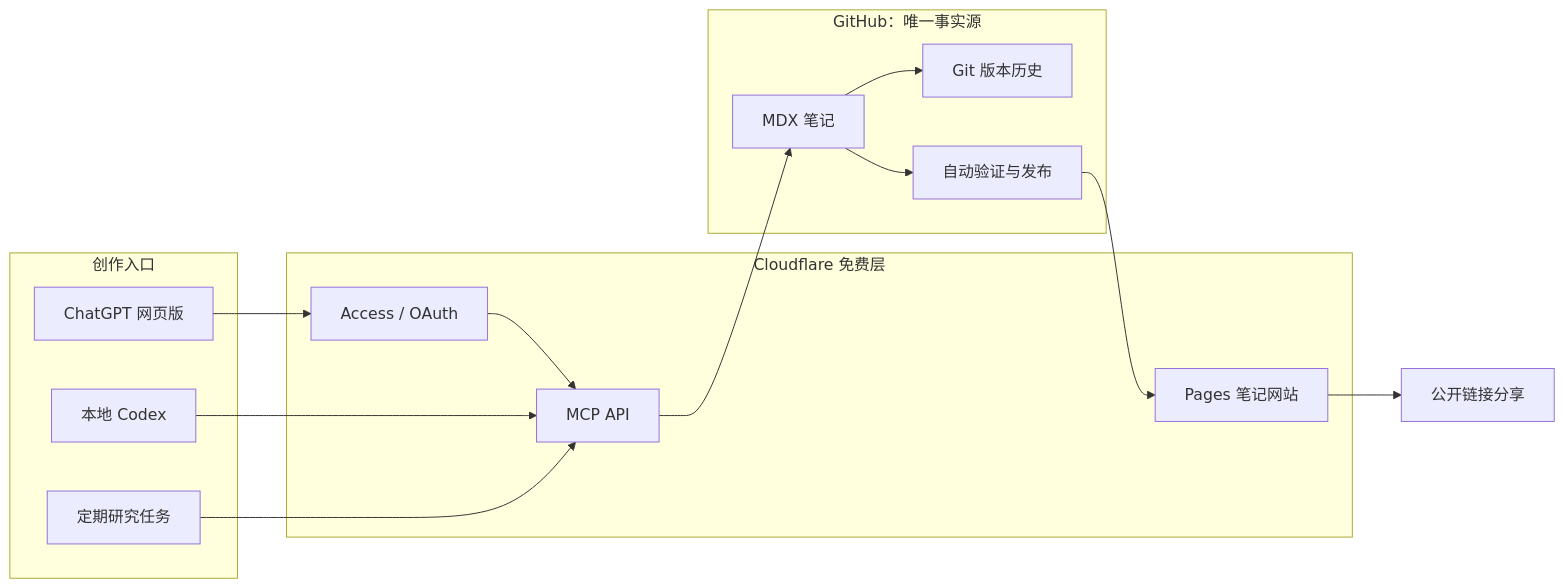
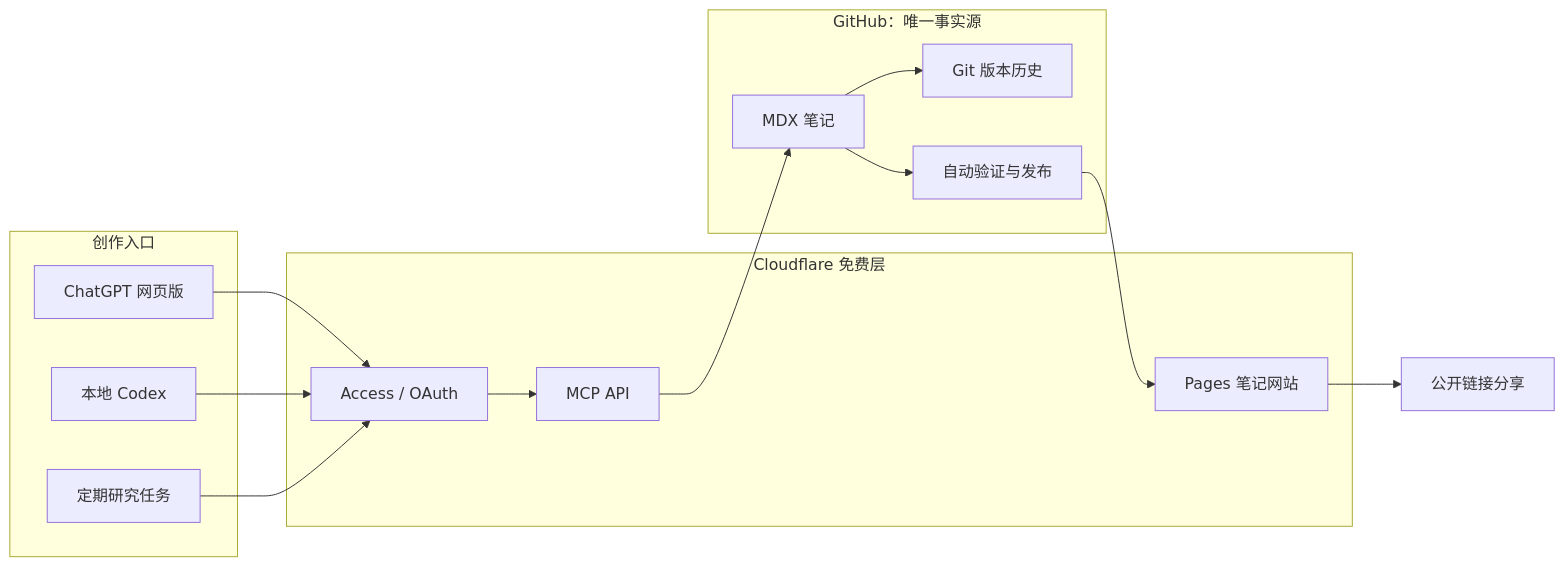
The first of 2 diagrams in profiles/default/content/zh/notes/chatgpt-notes-publishing-workflow.mdx (Nunchakus888/dossierkit), drawn with Mermaid before and after one commit. The commit also changed other lines of this file and 8 other files, not shown here.

````diff
--- a/profiles/default/content/zh/notes/chatgpt-notes-publishing-workflow.mdx
+++ b/profiles/default/content/zh/notes/chatgpt-notes-publishing-workflow.mdx
@@ -32,28 +32,29 @@
 ```mermaid
 flowchart LR
   subgraph Entry["创作入口"]
     ChatGPT["ChatGPT 网页版"]
     Codex["本地 Codex"]
     Research["定期研究任务"]
   end
 
   subgraph Cloudflare["Cloudflare 免费层"]
     Access["Access / OAuth"]
     MCP["MCP API"]
     Site["Pages 笔记网站"]
   end
 
   subgraph GitHub["GitHub：唯一事实源"]
     Notes["MDX 笔记"]
     History["Git 版本历史"]
     Publish["自动验证与发布"]
   end
 
-  ChatGPT --> Access --> MCP
-  Codex --> MCP
-  Research --> MCP
+  ChatGPT --> Access
+  Codex --> Access
+  Research --> Access
+  Access --> MCP
   MCP --> Notes
   Notes --> History
   Notes --> Publish --> Site
   Site --> Share["公开链接分享"]
 ```
````
